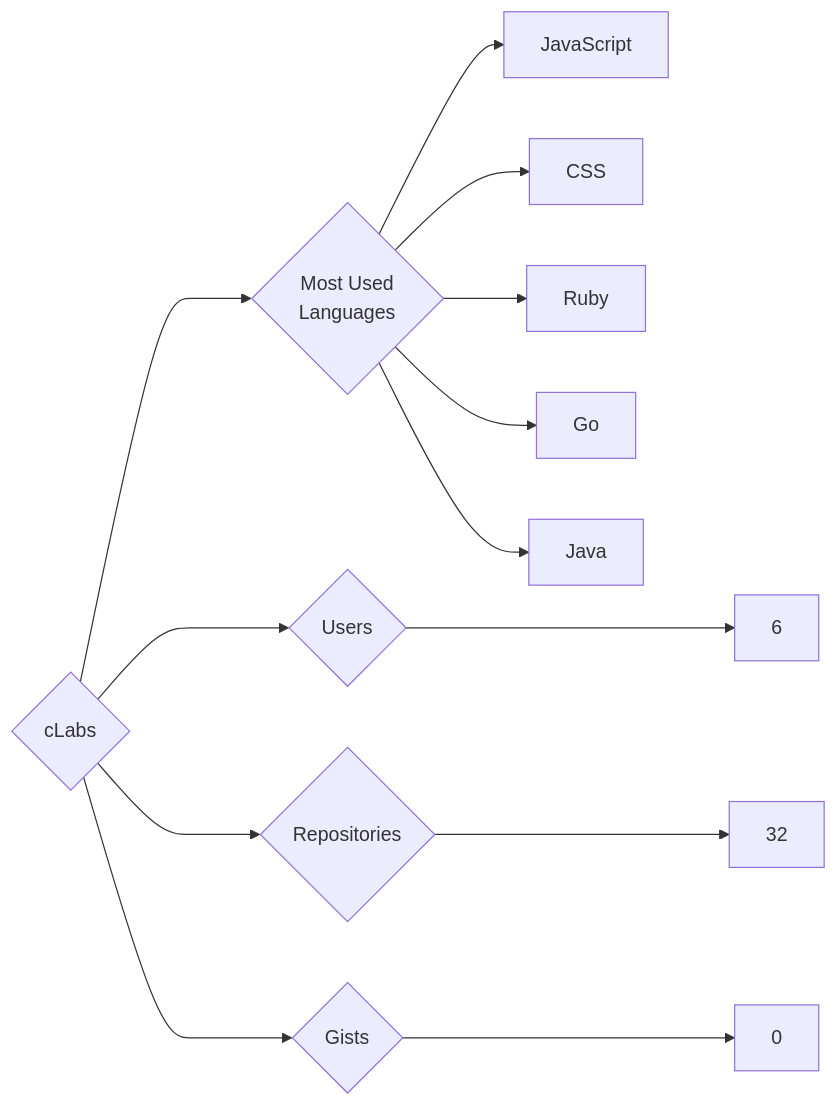
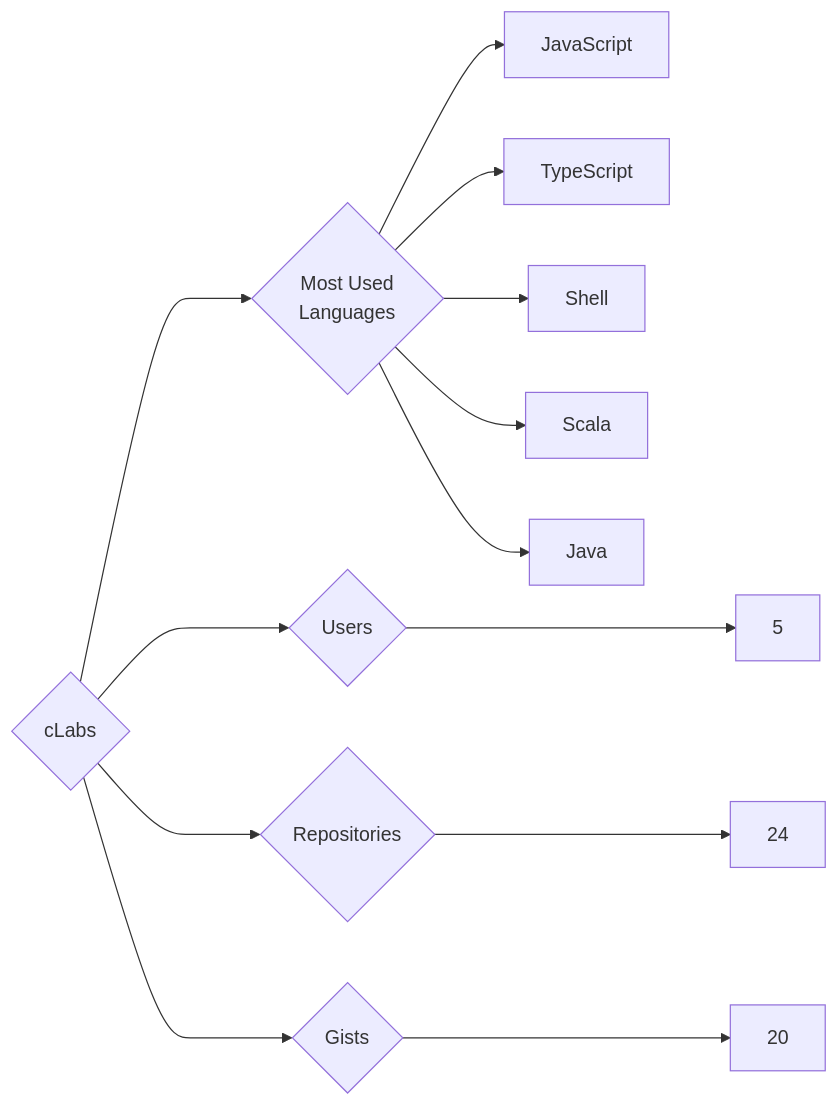
One commit to trickest/insiders changed the diagram in targets/cLabs/README.md. Above: the diagram before and after it, drawn with Mermaid. The commit also changed 636 other files, not shown here.

````diff
--- a/targets/cLabs/README.md
+++ b/targets/cLabs/README.md
@@ -3,13 +3,13 @@
 ```mermaid
 graph LR
 COMPANY_NAME{cLabs}
-COMPANY_NAME ---> U{Users} ---> UN[6]
-COMPANY_NAME ---> R{Repositories} ---> RN[32]
-COMPANY_NAME ---> G{Gists} ---> GN[0]
+COMPANY_NAME ---> U{Users} ---> UN[5]
+COMPANY_NAME ---> R{Repositories} ---> RN[24]
+COMPANY_NAME ---> G{Gists} ---> GN[20]
 COMPANY_NAME ---> ML{Most Used<br>Languages}
 ML --> JavaScript[JavaScript]
-ML --> CSS[CSS]
-ML --> Ruby[Ruby]
-ML --> Go[Go]
+ML --> TypeScript[TypeScript]
+ML --> Shell[Shell]
+ML --> Scala[Scala]
 ML --> Java[Java]
 ```
````
